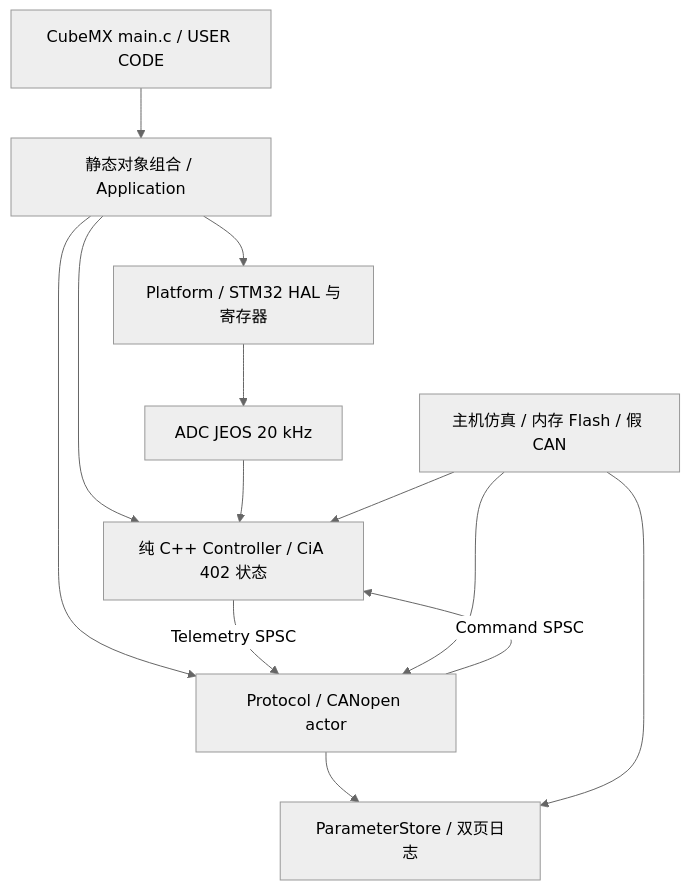
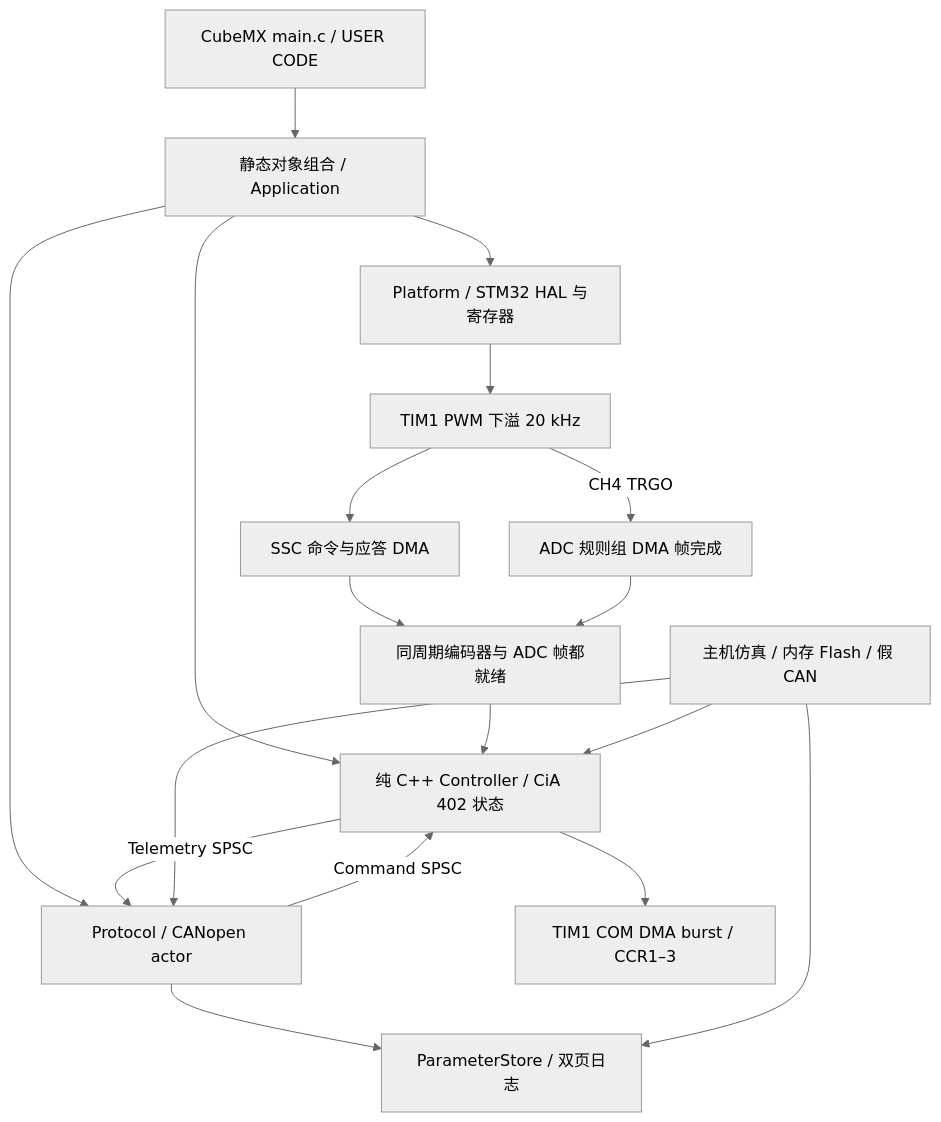
One commit to lk888l/stm32g431-foc-canfd changed the diagram in docs/architecture.md. Above: the diagram before and after it, drawn with Mermaid (neutral theme). The commit also changed other lines of this file and 65 other files, not shown here.

````diff
--- a/docs/architecture.md
+++ b/docs/architecture.md
@@ -5,15 +5,20 @@
 ```mermaid
 flowchart TB
     Main[CubeMX main.c / USER CODE] --> App[静态对象组合 / Application]
     App --> Board[Platform / STM32 HAL 与寄存器]
     App --> Node[Protocol / CANopen actor]
     App --> Drive[纯 C++ Controller / CiA 402 状态]
-    ADC[ADC JEOS 20 kHz] --> Drive
-    Board --> ADC
+    Board --> Timer[TIM1 PWM 下溢 20 kHz]
+    Timer --> SSC[SSC 命令与应答 DMA]
+    Timer -->|CH4 TRGO| ADC[ADC 规则组 DMA 帧完成]
+    SSC --> Join[同周期编码器与 ADC 帧都就绪]
+    ADC --> Join
+    Join --> Drive
+    Drive --> PWM[TIM1 COM DMA burst / CCR1–3]
     Node -->|Command SPSC| Drive
     Drive -->|Telemetry SPSC| Node
     Node --> Journal[ParameterStore / 双页日志]
     Test[主机仿真 / 内存 Flash / 假 CAN] --> Drive
     Test --> Node
     Test --> Journal
 ```
````
